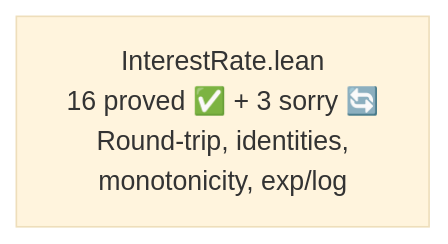
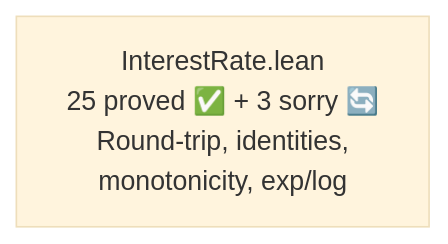
The third of 6 diagrams in formal-verification/REPORT.md (dsyme/QuantLib), drawn with Mermaid (base theme) before and after one commit. The commit also changed other lines of this file and 2 other files, not shown here.

````diff
--- a/formal-verification/REPORT.md
+++ b/formal-verification/REPORT.md
@@ -61,4 +61,4 @@
 ```mermaid
 graph LR
-    F2["InterestRate.lean<br/>16 proved ✅ + 3 sorry 🔄<br/>Round-trip, identities,<br/>monotonicity, exp/log"]
+    F2["InterestRate.lean<br/>25 proved ✅ + 3 sorry 🔄<br/>Round-trip, identities,<br/>monotonicity, exp/log"]
 ```
````
